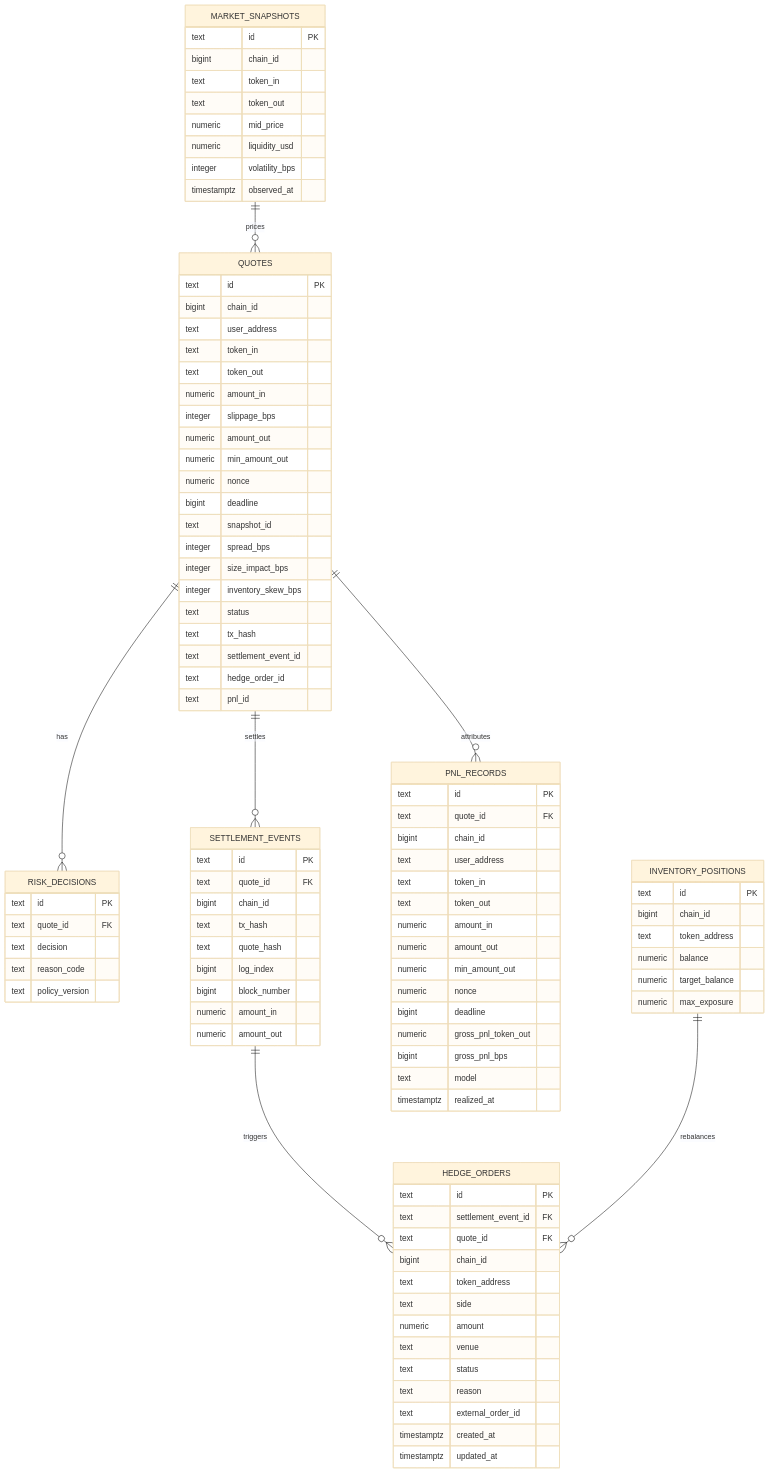
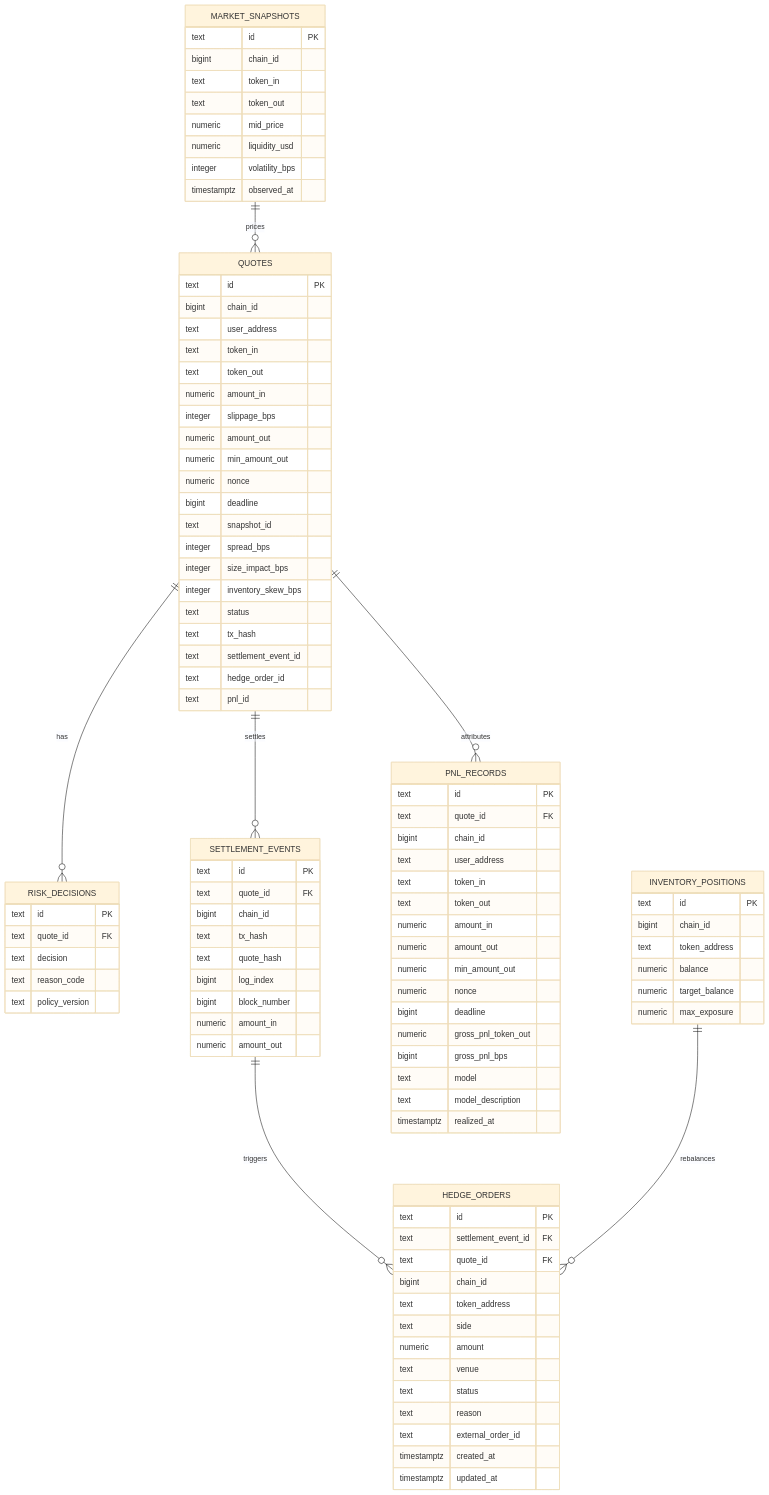
Before and after one commit to alvis-ai/production-grade-web3-rfq-market-maker: the diagram in docs/database/er-diagram.md, drawn with Mermaid (base theme). The commit also changed other lines of this file and 20 other files, not shown here.

Commit message:
feat: expose pnl model description

````diff
--- a/docs/database/er-diagram.md
+++ b/docs/database/er-diagram.md
@@ -105,6 +105,7 @@
     numeric gross_pnl_token_out
     bigint gross_pnl_bps
     text model
+    text model_description
     timestamptz realized_at
   }
 ```
````
